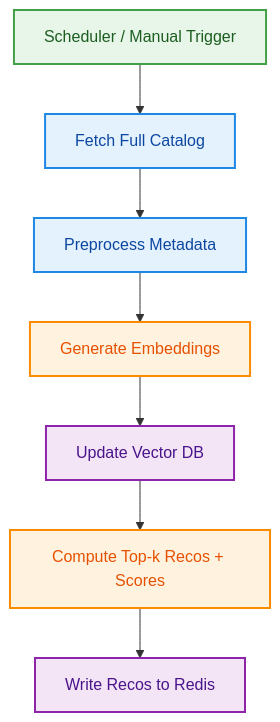
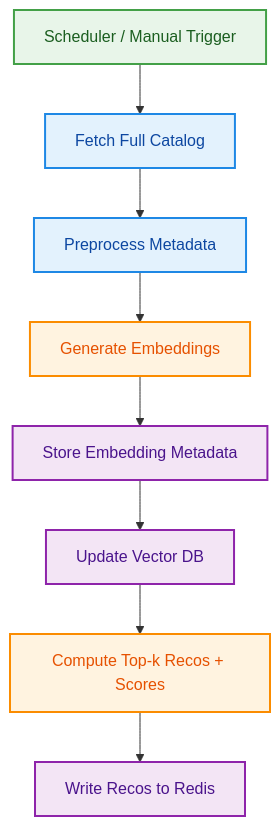
Before and after one commit to datagems-eosc/dataset-recsys: the first of 3 diagrams in docs/source/workflows.md, drawn with Mermaid. The commit also changed other lines of this file and 5 other files, not shown here.

````diff
--- a/docs/source/workflows.md
+++ b/docs/source/workflows.md
@@ -8,20 +8,21 @@
 ```mermaid
 %%{init: {'flowchart': {'nodeSpacing': 22, 'rankSpacing': 22, 'curve': 'linear'}, 'themeVariables': {'fontSize': '12px', 'lineColor': '#9E9E9E', 'edgeLabelBackground':'#ffffff', 'primaryBorderColor':'#BDBDBD', 'clusterBorder':'#E0E0E0', 'lineWidth':'0\.9px'}}}%%
 flowchart TB
     A[Scheduler / Manual Trigger] --> B[Fetch Full Catalog]
     B --> C[Preprocess Metadata]
     C --> D[Generate Embeddings]
-    D --> E[Update Vector DB]
-    E --> F[Compute Top-k Recos + Scores]
-    F --> G[Write Recos to Redis]
+    D --> E[Store Embedding Metadata]
+    E --> F[Update Vector DB]
+    F --> G[Compute Top-k Recos + Scores]
+    G --> H[Write Recos to Redis]
 
     classDef trigger fill:#E8F5E9,stroke:#43A047,stroke-width:2px,color:#1B5E20;
     classDef prep fill:#E3F2FD,stroke:#1E88E5,stroke-width:2px,color:#0D47A1;
     classDef compute fill:#FFF3E0,stroke:#FB8C00,stroke-width:2px,color:#E65100;
     classDef storage fill:#F3E5F5,stroke:#8E24AA,stroke-width:2px,color:#4A148C;
 
     class A trigger;
     class B,C prep;
-    class D,F compute;
-    class E,G storage;
+    class D,G compute;
+    class E,F,H storage;
 ```
````
